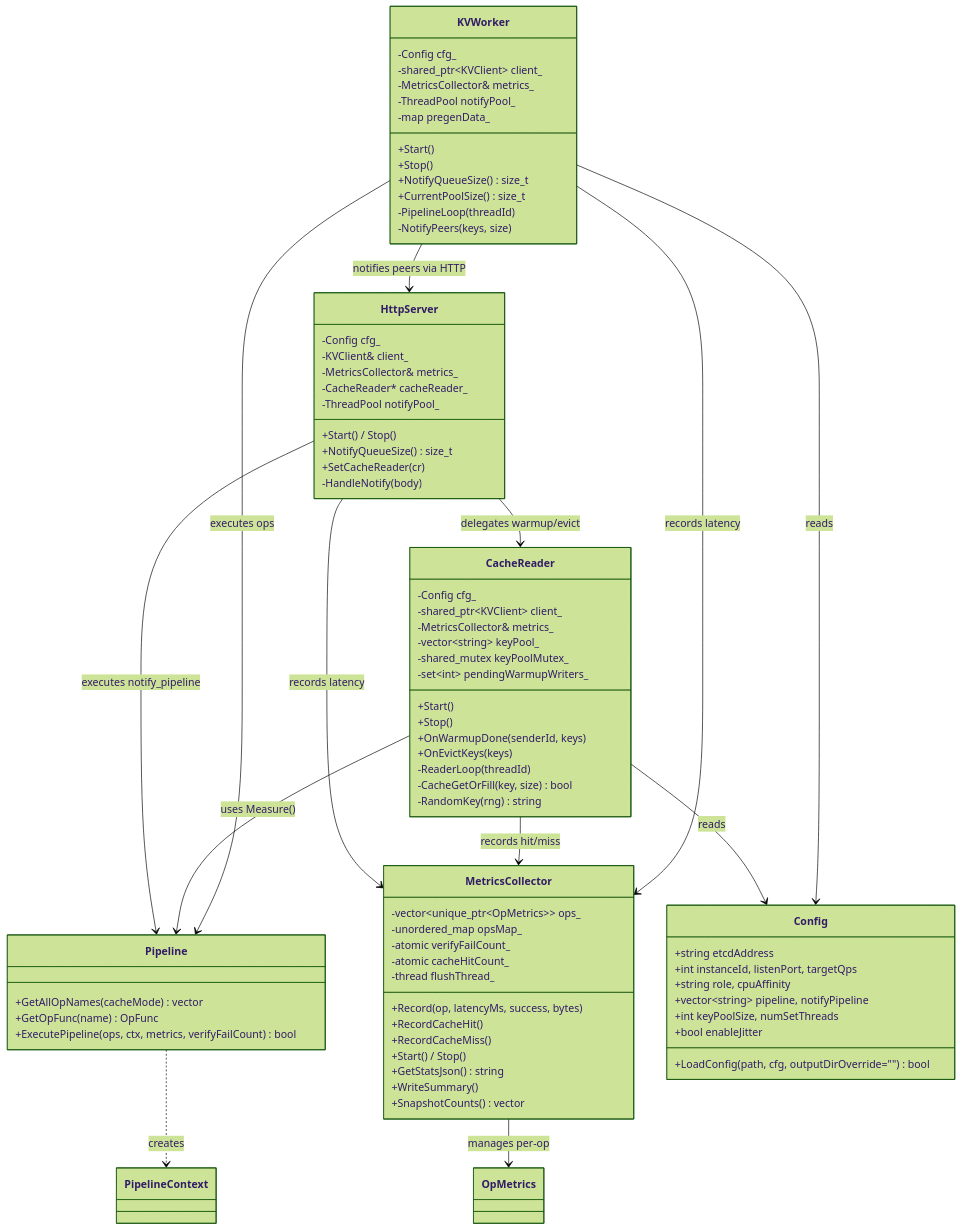
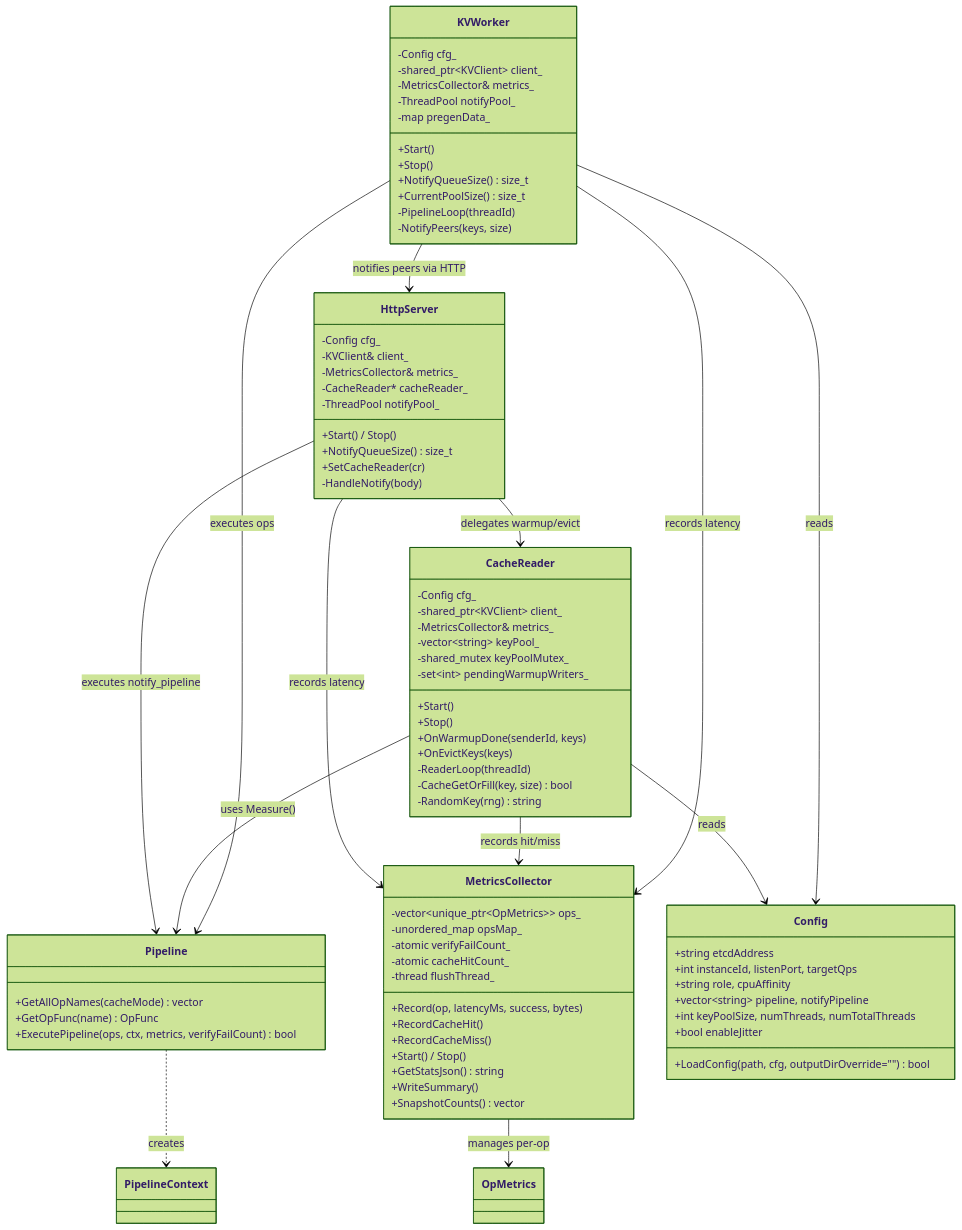
The first of 8 diagrams in tests/kvtest/docs/design.md (openeuler-mirror/yuanrong-datasystem), drawn with Mermaid (forest theme) before and after one commit. The commit also changed other lines of this file and 14 other files, not shown here.

Commit message:
feat(kvtest): support configurable total threads

```diff
--- a/tests/kvtest/docs/design.md
+++ b/tests/kvtest/docs/design.md
@@ -90,7 +90,7 @@
         +int instanceId, listenPort, targetQps
         +string role, cpuAffinity
         +vector~string~ pipeline, notifyPipeline
-        +int keyPoolSize, numSetThreads
+        +int keyPoolSize, numThreads, numTotalThreads
         +bool enableJitter
         +LoadConfig(path, cfg, outputDirOverride="") bool
     }
```
